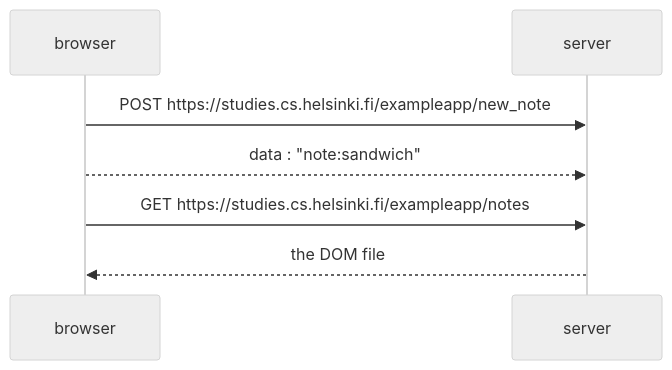
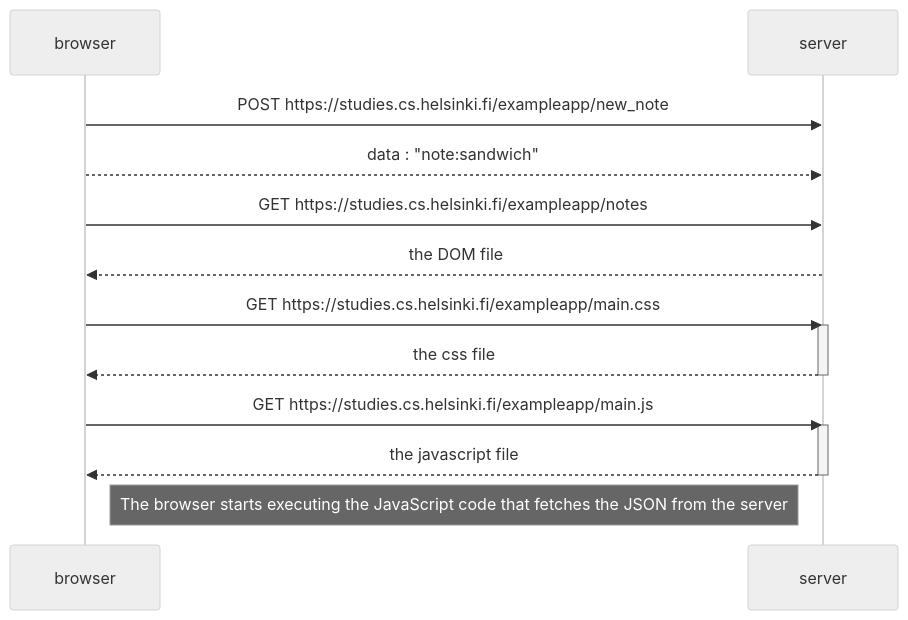
One commit to wdreset/fullstackopen_ex changed the diagram in part0/0_4_New_note_diagram.md. Above: the diagram before and after it, drawn with Mermaid (neutral theme).

````diff
--- a/part0/0_4_New_note_diagram.md
+++ b/part0/0_4_New_note_diagram.md
@@ -3,12 +3,22 @@
 ```mermaid
 sequenceDiagram
     participant browser
     participant server
     
     browser->>server: POST https://studies.cs.helsinki.fi/exampleapp/new_note
     browser-->>server: data : "note:sandwich"
            
     browser->>server: GET https://studies.cs.helsinki.fi/exampleapp/notes
     server-->>browser: the DOM file
      
+    browser->>server: GET https://studies.cs.helsinki.fi/exampleapp/main.css
+    activate server
+    server-->>browser: the css file
+    deactivate server
+    
+    browser->>server: GET https://studies.cs.helsinki.fi/exampleapp/main.js
+    activate server
+    server-->>browser: the javascript file
+    deactivate server
+    Note right of browser: The browser starts executing the JavaScript code that fetches the JSON from the server
 ```
````
